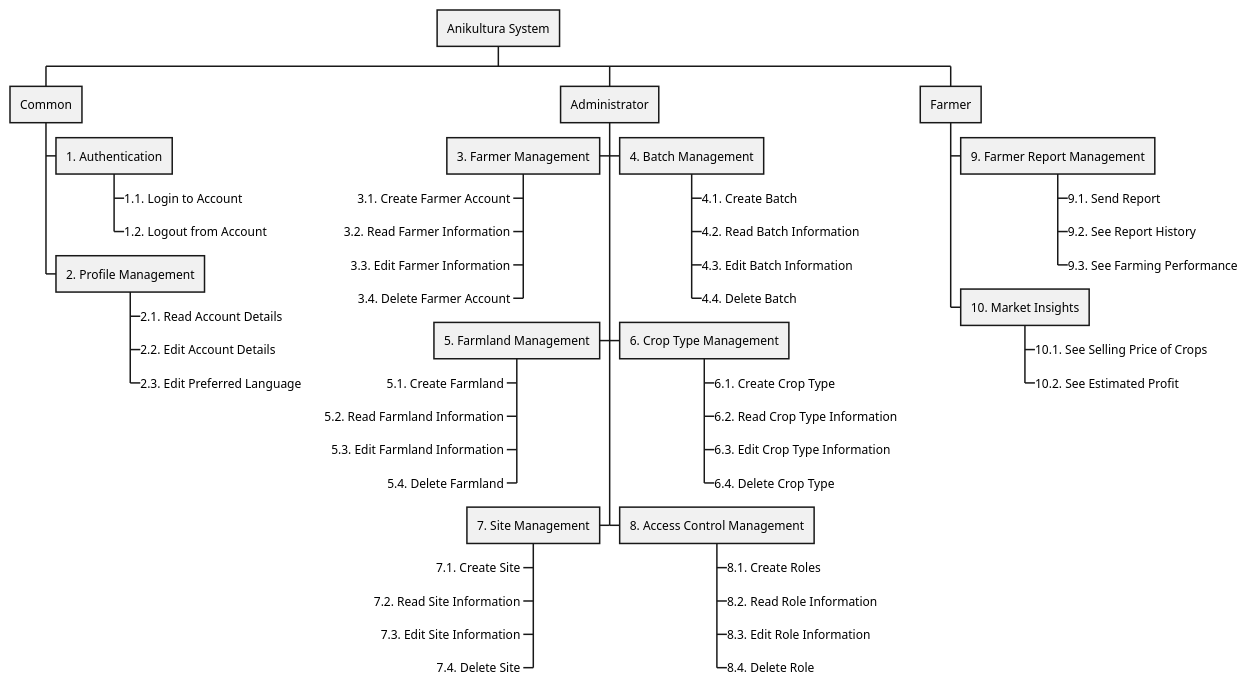
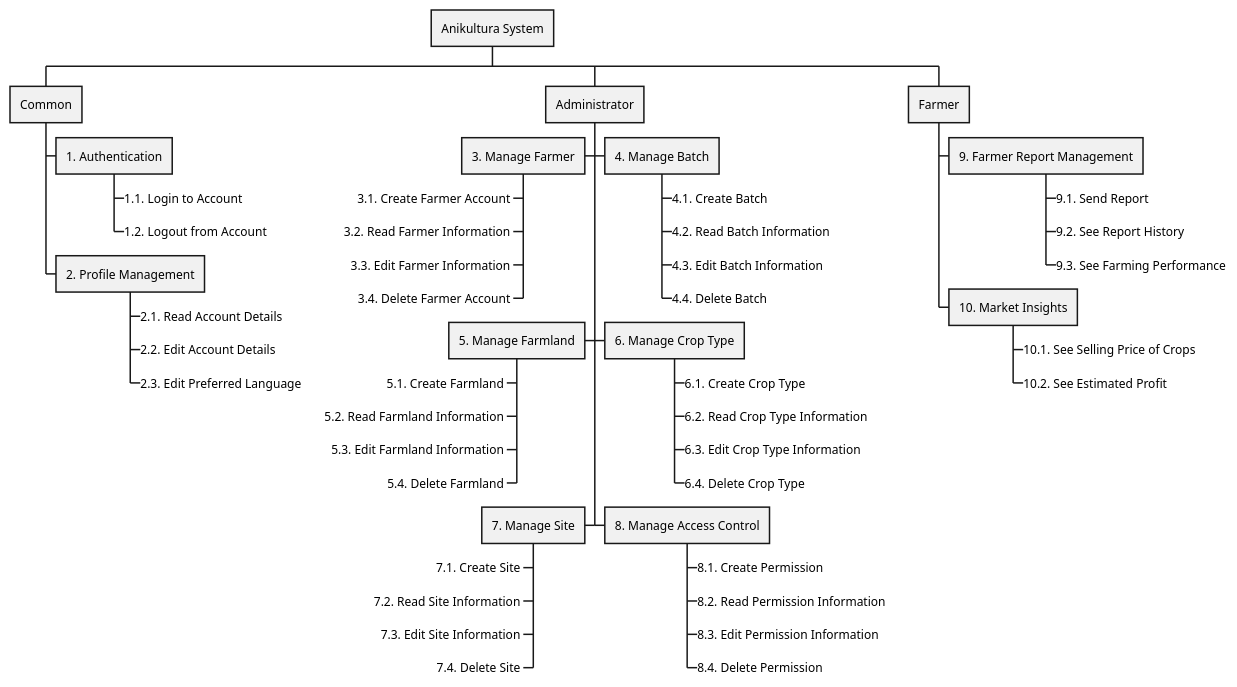
Before and after one commit to radical-doubting/anikultura-diagrams: the diagram in plantuml/proposed/fdd.wsd, drawn with PlantUML. The commit also changed 1 other file, not shown here.

```diff
--- a/plantuml/proposed/fdd.wsd
+++ b/plantuml/proposed/fdd.wsd
@@ -1,65 +1,65 @@
 @startwbs
 
 * Anikultura System
 
 ** Common
 
 *** 1. Authentication
 ****_ 1.1. Login to Account
 ****_ 1.2. Logout from Account
 
 *** 2. Profile Management
 ****_ 2.1. Read Account Details
 ****_ 2.2. Edit Account Details
 ****_ 2.3. Edit Preferred Language
 
 ** Administrator
 
-***< 3. Farmer Management
+***< 3. Manage Farmer
 ****_< 3.1. Create Farmer Account
 ****_< 3.2. Read Farmer Information
 ****_< 3.3. Edit Farmer Information
 ****_< 3.4. Delete Farmer Account
 
-*** 4. Batch Management
+*** 4. Manage Batch
 ****_ 4.1. Create Batch
 ****_ 4.2. Read Batch Information
 ****_ 4.3. Edit Batch Information
 ****_ 4.4. Delete Batch
 
-***< 5. Farmland Management
+***< 5. Manage Farmland
 ****_< 5.1. Create Farmland
 ****_< 5.2. Read Farmland Information
 ****_< 5.3. Edit Farmland Information
 ****_< 5.4. Delete Farmland
 
-*** 6. Crop Type Management
+*** 6. Manage Crop Type
 ****_ 6.1. Create Crop Type
 ****_ 6.2. Read Crop Type Information
 ****_ 6.3. Edit Crop Type Information
 ****_ 6.4. Delete Crop Type
 
-***< 7. Site Management
+***< 7. Manage Site
 ****_< 7.1. Create Site
 ****_< 7.2. Read Site Information
 ****_< 7.3. Edit Site Information
 ****_< 7.4. Delete Site
 
-*** 8. Access Control Management
-****_ 8.1. Create Roles
-****_ 8.2. Read Role Information
-****_ 8.3. Edit Role Information
-****_ 8.4. Delete Role
+*** 8. Manage Access Control
+****_ 8.1. Create Permission
+****_ 8.2. Read Permission Information
+****_ 8.3. Edit Permission Information
+****_ 8.4. Delete Permission
 
 ** Farmer
 
 *** 9. Farmer Report Management
 ****_ 9.1. Send Report
 ****_ 9.2. See Report History
 ****_ 9.3. See Farming Performance
 
 *** 10. Market Insights
 ****_ 10.1. See Selling Price of Crops
 ****_ 10.2. See Estimated Profit
 
 @endwbs
```
